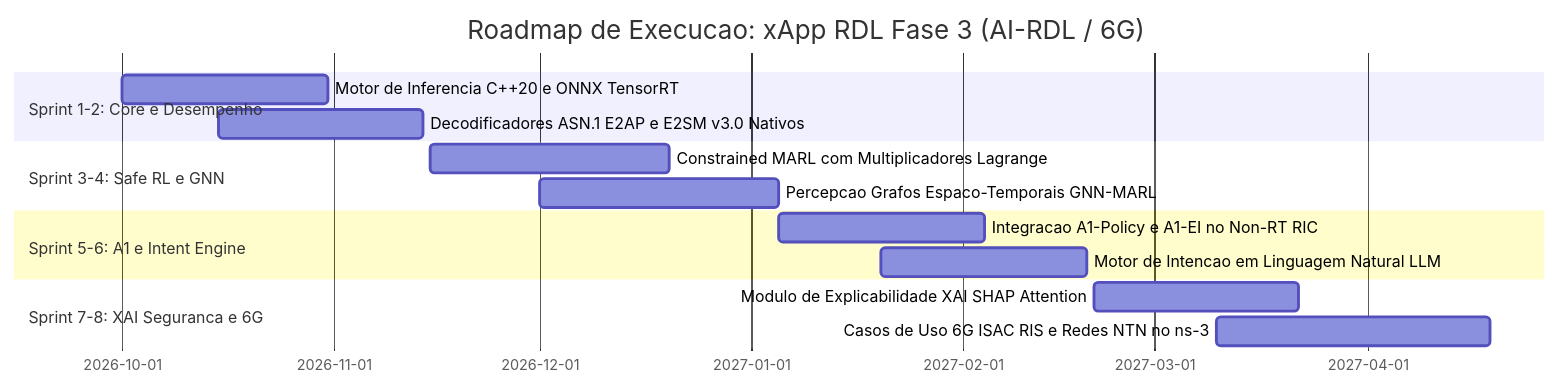
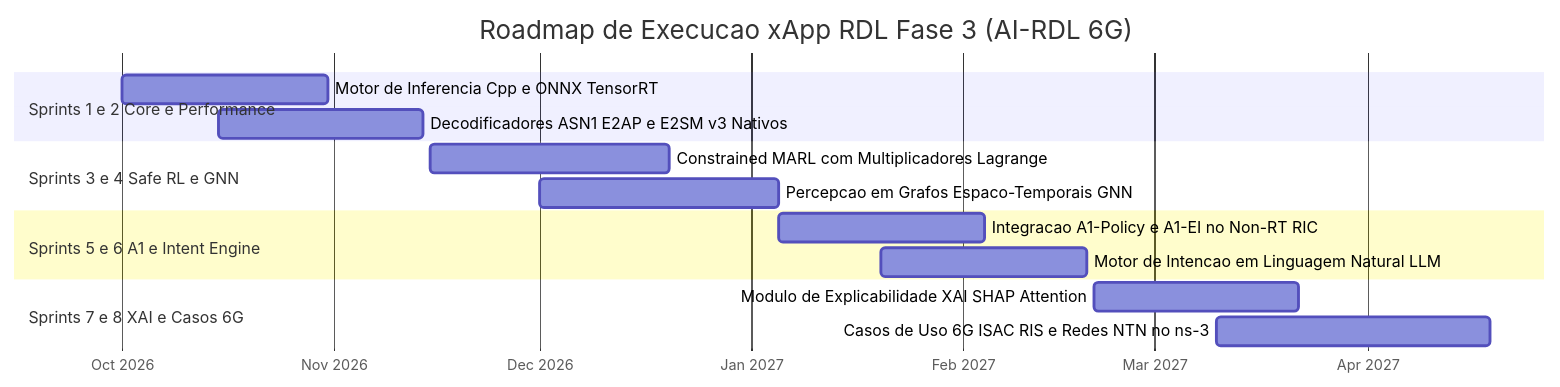
The second of 2 diagrams in docs/08_proposta_arquitetural_rdl_fase3.md (georgebarbosa3090/XApp-RDL-F2), drawn with Mermaid before and after one commit. The commit also changed other lines of this file and 1 other file, not shown here.

Commit message:
fix(docs): fix mermaid gantt syntax and add comprehensive roadmap table in readme and volume 08

````diff
--- a/docs/08_proposta_arquitetural_rdl_fase3.md
+++ b/docs/08_proposta_arquitetural_rdl_fase3.md
@@ -147,17 +147,22 @@
 ```mermaid
 gantt
-    title Roadmap de Execucao: xApp RDL Fase 3 (AI-RDL / 6G)
-    dateFormat  YYYY-MM-DD
-    section Sprint 1-2: Core e Desempenho
-    Motor de Inferencia C++20 e ONNX TensorRT     :a1, 2026-10-01, 30d
-    Decodificadores ASN.1 E2AP e E2SM v3.0 Nativos :a2, 2026-10-15, 30d
-    section Sprint 3-4: Safe RL e GNN
-    Constrained MARL com Multiplicadores Lagrange :b1, 2026-11-15, 35d
-    Percepcao Grafos Espaco-Temporais GNN-MARL   :b2, 2026-12-01, 35d
-    section Sprint 5-6: A1 e Intent Engine
-    Integracao A1-Policy e A1-EI no Non-RT RIC   :c1, 2027-01-05, 30d
-    Motor de Intencao em Linguagem Natural LLM   :c2, 2027-01-20, 30d
-    section Sprint 7-8: XAI Seguranca e 6G
-    Modulo de Explicabilidade XAI SHAP Attention :d1, 2027-02-20, 30d
-    Casos de Uso 6G ISAC RIS e Redes NTN no ns-3 :d2, 2027-03-10, 40d
+    title Roadmap de Execucao xApp RDL Fase 3 (AI-RDL 6G)
+    dateFormat YYYY-MM-DD
+    axisFormat %b %Y
+
+    section Sprints 1 e 2 Core e Performance
+    Motor de Inferencia Cpp e ONNX TensorRT       :t1, 2026-10-01, 30d
+    Decodificadores ASN1 E2AP e E2SM v3 Nativos   :t2, 2026-10-15, 30d
+
+    section Sprints 3 e 4 Safe RL e GNN
+    Constrained MARL com Multiplicadores Lagrange :t3, 2026-11-15, 35d
+    Percepcao em Grafos Espaco-Temporais GNN      :t4, 2026-12-01, 35d
+
+    section Sprints 5 e 6 A1 e Intent Engine
+    Integracao A1-Policy e A1-EI no Non-RT RIC   :t5, 2027-01-05, 30d
+    Motor de Intencao em Linguagem Natural LLM    :t6, 2027-01-20, 30d
+
+    section Sprints 7 e 8 XAI e Casos 6G
+    Modulo de Explicabilidade XAI SHAP Attention  :t7, 2027-02-20, 30d
+    Casos de Uso 6G ISAC RIS e Redes NTN no ns-3 :t8, 2027-03-10, 40d
 ```
````
